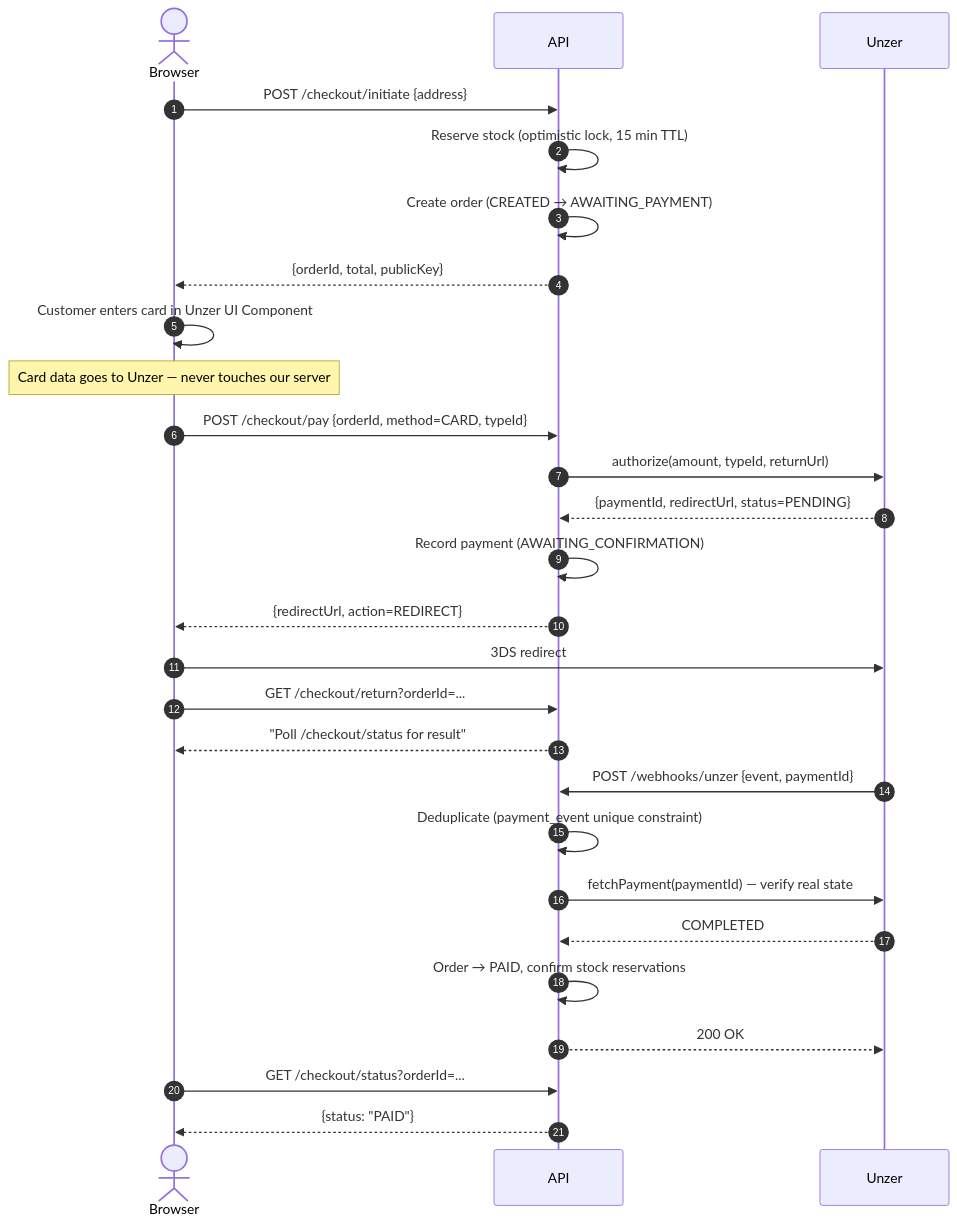
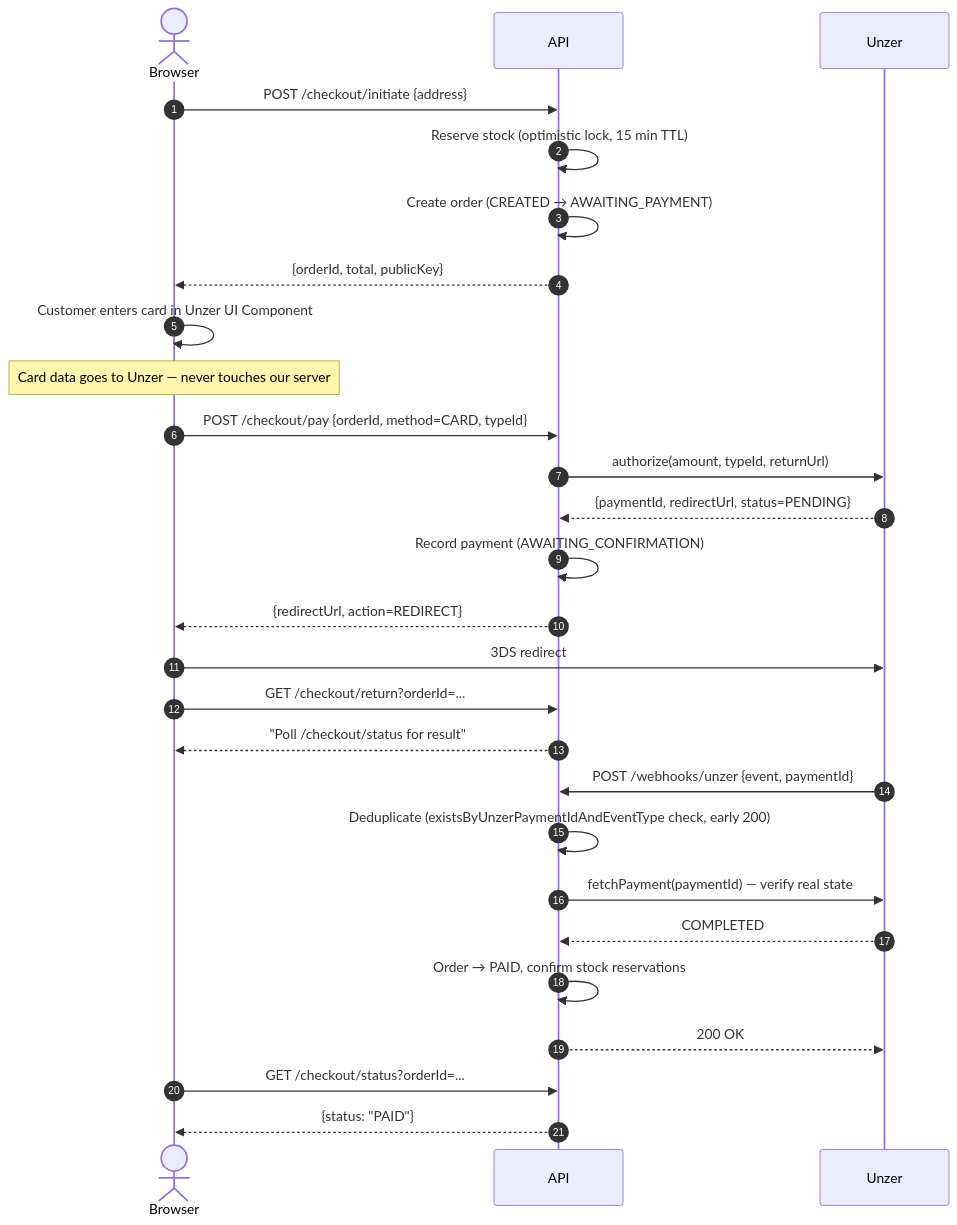
Before and after one commit to HARrrrisoon39/Unzer-Task-Code: the sixth of 7 diagrams in architecture.md, drawn with Mermaid. The commit also changed other lines of this file, not shown here.

````diff
--- a/architecture.md
+++ b/architecture.md
@@ -221,34 +220,34 @@
 ```mermaid
 sequenceDiagram
   autonumber
   actor Browser
   participant API
   participant Unzer
 
   Browser->>API: POST /checkout/initiate {address}
   API->>API: Reserve stock (optimistic lock, 15 min TTL)
   API->>API: Create order (CREATED → AWAITING_PAYMENT)
   API-->>Browser: {orderId, total, publicKey}
 
   Browser->>Browser: Customer enters card in Unzer UI Component
   Note over Browser: Card data goes to Unzer — never touches our server
   Browser->>API: POST /checkout/pay {orderId, method=CARD, typeId}
   API->>Unzer: authorize(amount, typeId, returnUrl)
   Unzer-->>API: {paymentId, redirectUrl, status=PENDING}
   API->>API: Record payment (AWAITING_CONFIRMATION)
   API-->>Browser: {redirectUrl, action=REDIRECT}
 
   Browser->>Unzer: 3DS redirect
   Browser->>API: GET /checkout/return?orderId=...
   API-->>Browser: "Poll /checkout/status for result"
 
   Unzer->>API: POST /webhooks/unzer {event, paymentId}
-  API->>API: Deduplicate (payment_event unique constraint)
+  API->>API: Deduplicate (existsByUnzerPaymentIdAndEventType check, early 200)
   API->>Unzer: fetchPayment(paymentId) — verify real state
   Unzer-->>API: COMPLETED
   API->>API: Order → PAID, confirm stock reservations
   API-->>Unzer: 200 OK
 
   Browser->>API: GET /checkout/status?orderId=...
   API-->>Browser: {status: "PAID"}
 ```
````
